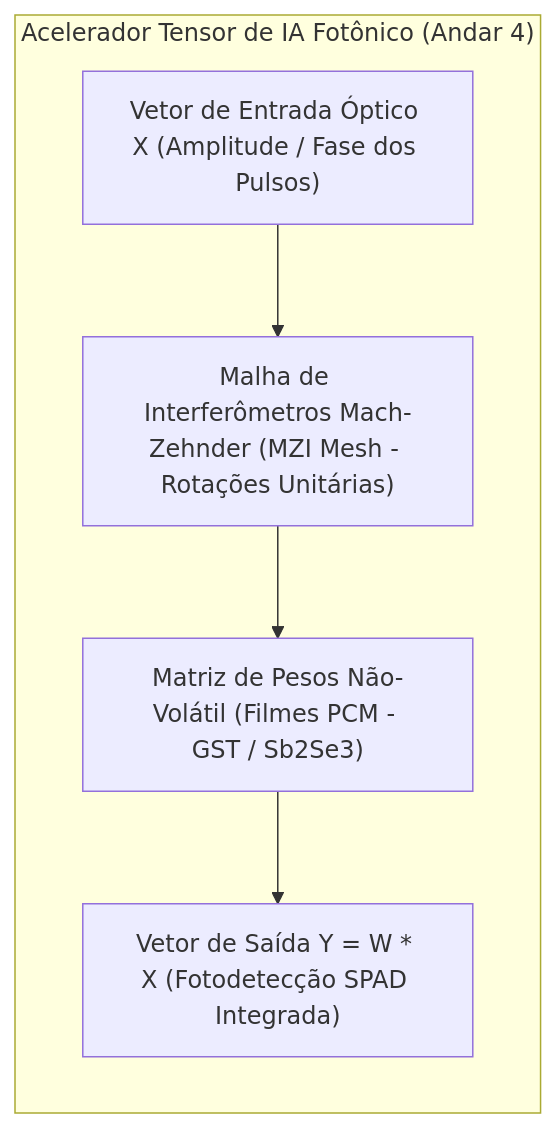
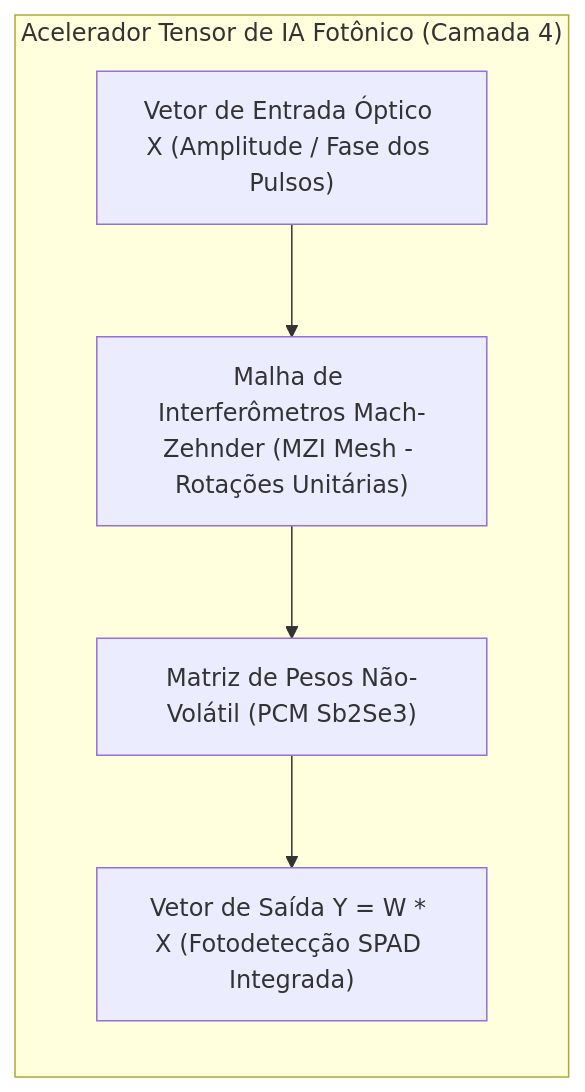
Before and after one commit to Roliveira96/SilicaCore: the diagram in docs/architecture/07-acelerador-tensor-ia-fototectonico.md, drawn with Mermaid. The commit also changed other lines of this file and 10 other files, not shown here.

First line of the commit message:
docs(architecture): alinhar docs 01-10 a simulacao e adotar substrato de geometria agnostica

````diff
--- a/docs/architecture/07-acelerador-tensor-ia-fototectonico.md
+++ b/docs/architecture/07-acelerador-tensor-ia-fototectonico.md
@@ -7,14 +9,14 @@
 ```mermaid
 flowchart TD
-    subgraph PhotonicTensorCore["Acelerador Tensor de IA Fotônico (Andar 4)"]
+    subgraph PhotonicTensorCore["Acelerador Tensor de IA Fotônico (Camada 4)"]
         direction TB
         VetorEntrada["Vetor de Entrada Óptico X (Amplitude / Fase dos Pulsos)"]
         MZIMesh["Malha de Interferômetros Mach-Zehnder (MZI Mesh - Rotações Unitárias)"]
-        PesosPCM["Matriz de Pesos Não-Volátil (Filmes PCM - GST / Sb2Se3)"]
+        PesosPCM["Matriz de Pesos Não-Volátil (PCM Sb2Se3)"]
         DetecaoSaida["Vetor de Saída Y = W * X (Fotodetecção SPAD Integrada)"]
         
         VetorEntrada --> MZIMesh
         MZIMesh --> PesosPCM
         PesosPCM --> DetecaoSaida
     end
 ```
````
